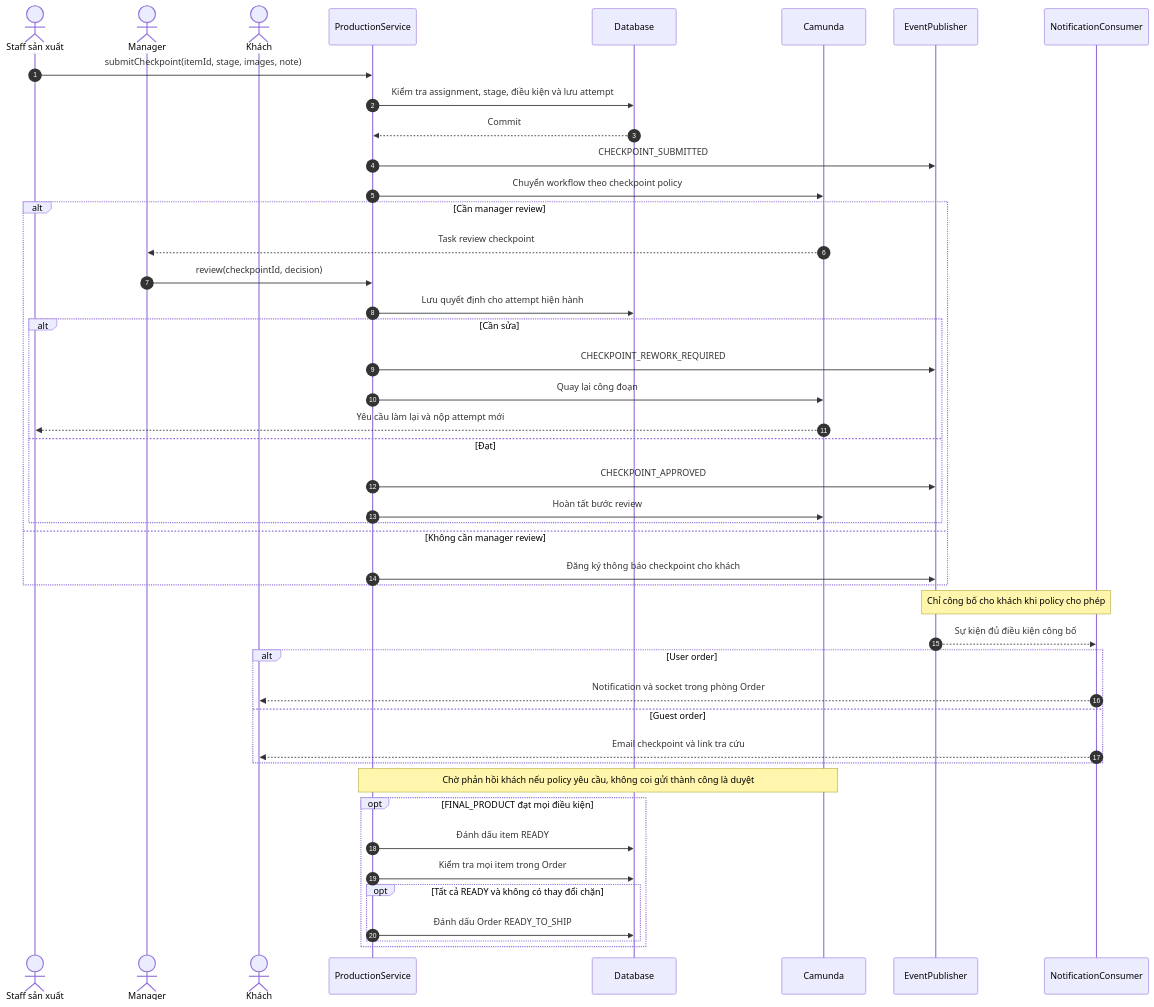
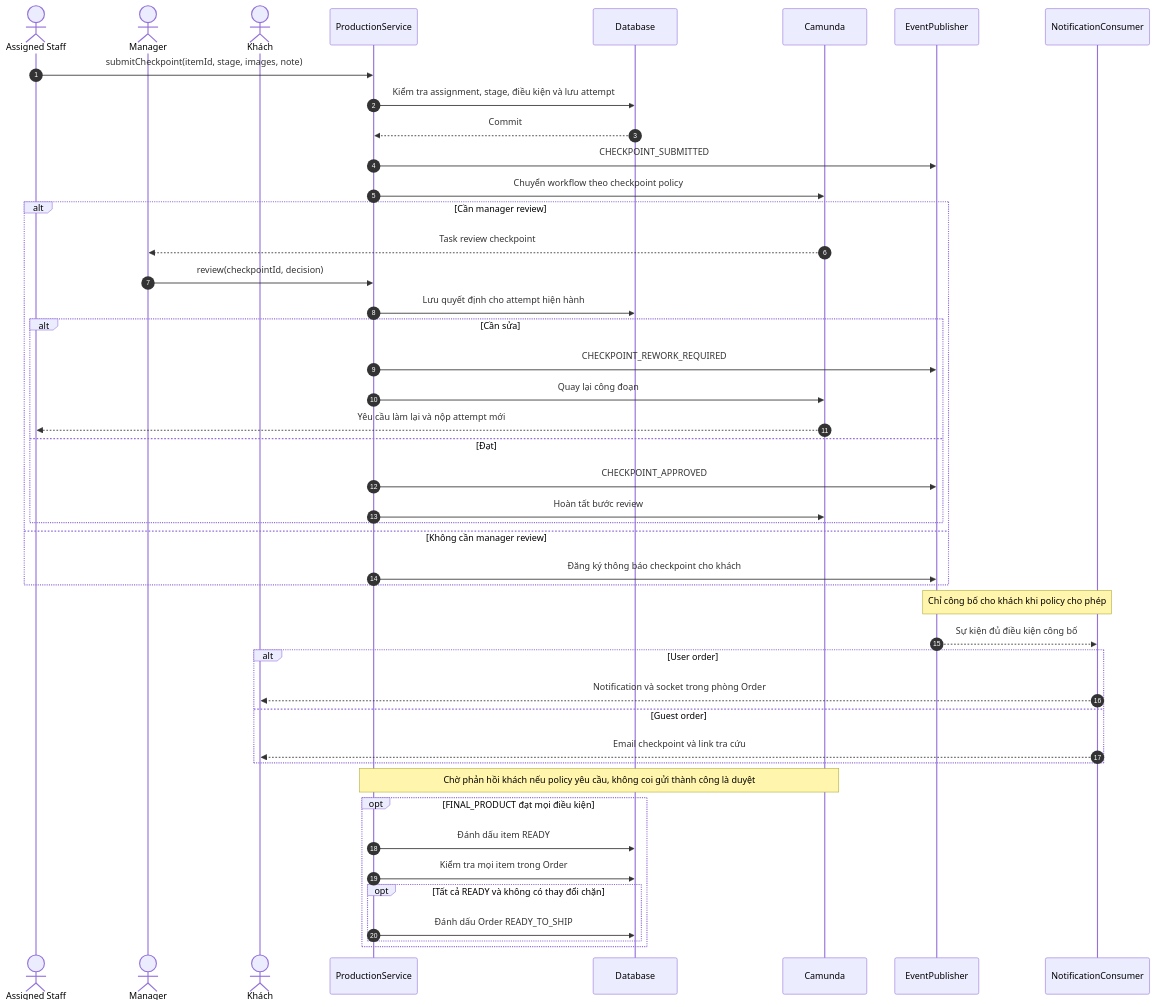
One commit to phamngoctu11/product_be changed the eighth of 10 diagrams in docs/bao-cao-phan-tich-he-thong-made-to-order.md. Above: the diagram before and after it, drawn with Mermaid. The commit also changed other lines of this file and 35 other files, not shown here.

````diff
--- a/docs/bao-cao-phan-tich-he-thong-made-to-order.md
+++ b/docs/bao-cao-phan-tich-he-thong-made-to-order.md
@@ -592,47 +591,47 @@
 ```mermaid
 sequenceDiagram
     autonumber
-    actor T as Staff sản xuất
+    actor T as Assigned Staff
     actor M as Manager
     actor K as Khách
     participant S as ProductionService
     participant DB as Database
     participant W as Camunda
     participant E as EventPublisher
     participant N as NotificationConsumer
     T->>S: submitCheckpoint(itemId, stage, images, note)
     S->>DB: Kiểm tra assignment, stage, điều kiện và lưu attempt
     DB-->>S: Commit
     S->>E: CHECKPOINT_SUBMITTED
     S->>W: Chuyển workflow theo checkpoint policy
     alt Cần manager review
         W-->>M: Task review checkpoint
         M->>S: review(checkpointId, decision)
         S->>DB: Lưu quyết định cho attempt hiện hành
         alt Cần sửa
             S->>E: CHECKPOINT_REWORK_REQUIRED
             S->>W: Quay lại công đoạn
             W-->>T: Yêu cầu làm lại và nộp attempt mới
         else Đạt
             S->>E: CHECKPOINT_APPROVED
             S->>W: Hoàn tất bước review
         end
     else Không cần manager review
         S->>E: Đăng ký thông báo checkpoint cho khách
     end
     Note over E,N: Chỉ công bố cho khách khi policy cho phép
     E-->>N: Sự kiện đủ điều kiện công bố
     alt User order
         N-->>K: Notification và socket trong phòng Order
     else Guest order
         N-->>K: Email checkpoint và link tra cứu
     end
     Note over S,W: Chờ phản hồi khách nếu policy yêu cầu, không coi gửi thành công là duyệt
     opt FINAL_PRODUCT đạt mọi điều kiện
         S->>DB: Đánh dấu item READY
         S->>DB: Kiểm tra mọi item trong Order
         opt Tất cả READY và không có thay đổi chặn
             S->>DB: Đánh dấu Order READY_TO_SHIP
         end
     end
 ```
````
